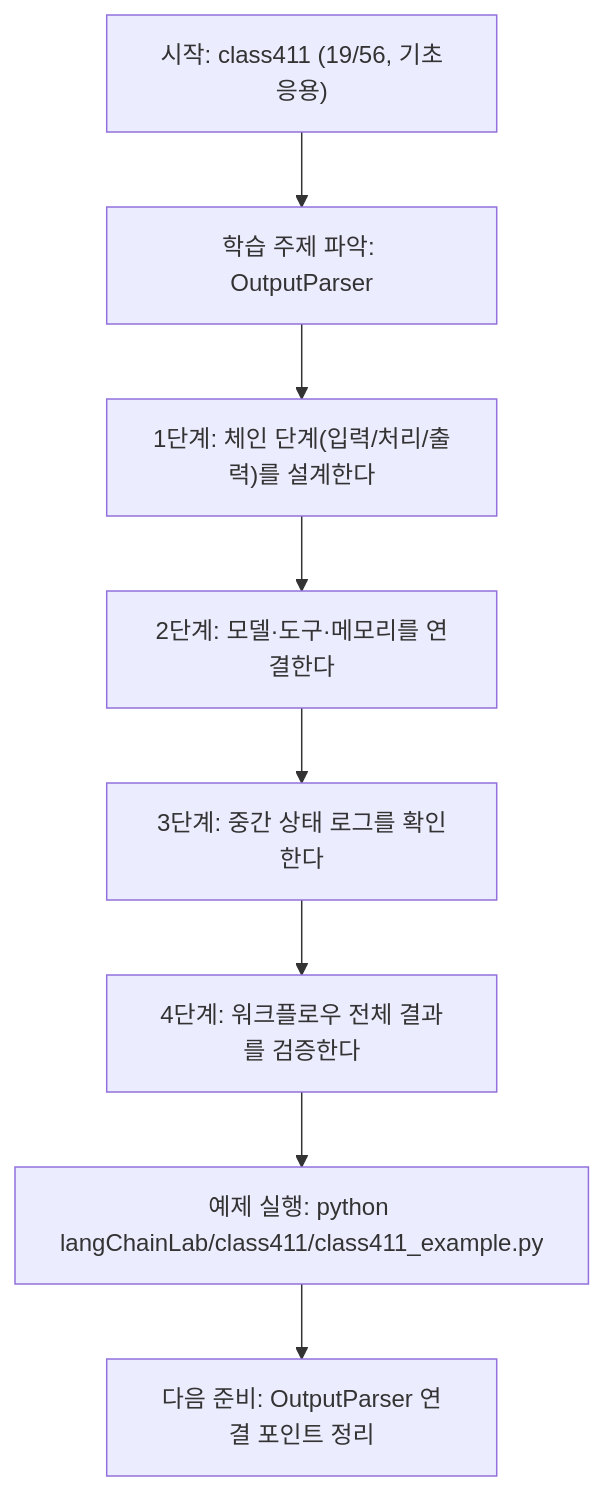
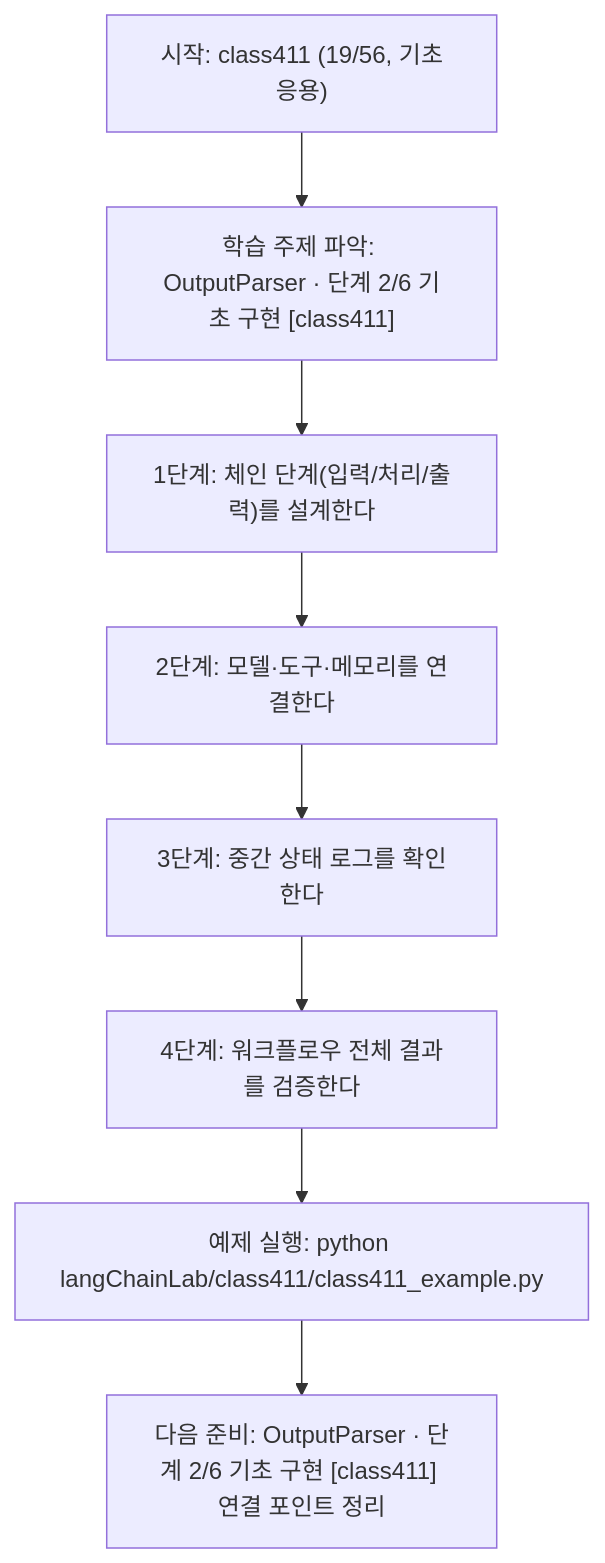
One commit to edumgt/Python-AI_Agent-Class changed the diagram in langChainLab/class411/class411.md. Above: the diagram before and after it, drawn with Mermaid. The commit also changed other lines of this file and 522 other files, not shown here.

````diff
--- a/langChainLab/class411/class411.md
+++ b/langChainLab/class411/class411.md
@@ -107,18 +108,18 @@
 ```mermaid
 flowchart TD
 N1["시작: class411 (19/56, 기초응용)"]
-N2["학습 주제 파악: OutputParser"]
+N2["학습 주제 파악: OutputParser · 단계 2/6 기초 구현 [class411]"]
 N3["1단계: 체인 단계(입력/처리/출력)를 설계한다"]
 N4["2단계: 모델·도구·메모리를 연결한다"]
 N5["3단계: 중간 상태 로그를 확인한다"]
 N6["4단계: 워크플로우 전체 결과를 검증한다"]
 N7["예제 실행: python langChainLab/class411/class411_example.py"]
-N8["다음 준비: OutputParser 연결 포인트 정리"]
+N8["다음 준비: OutputParser · 단계 2/6 기초 구현 [class411] 연결 포인트 정리"]
 N1 --> N2
 N2 --> N3
 N3 --> N4
 N4 --> N5
 N5 --> N6
 N6 --> N7
 N7 --> N8
 ```
````
